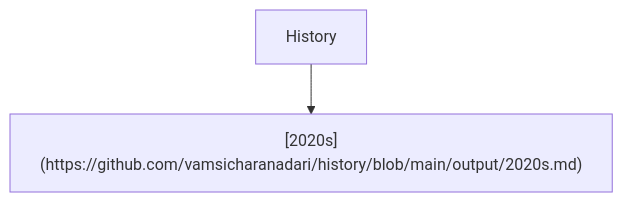
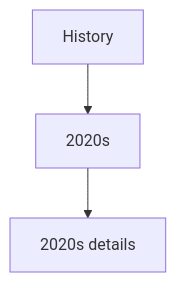
One commit to vamsicharanadari/history changed the diagram in master.md. Above: the diagram before and after it, drawn with Mermaid.

````diff
--- a/master.md
+++ b/master.md
@@ -1,5 +1,5 @@
 ```mermaid
 flowchart TD
-  A[History] --> B["[2020s](https://github.com/vamsicharanadari/history/blob/main/output/2020s.md)"]
-  click B "output/2020s.md" "Open 2020s file"
+  A[History] --> B[2020s]
+  B --> C[2020s details]
 ```
````
